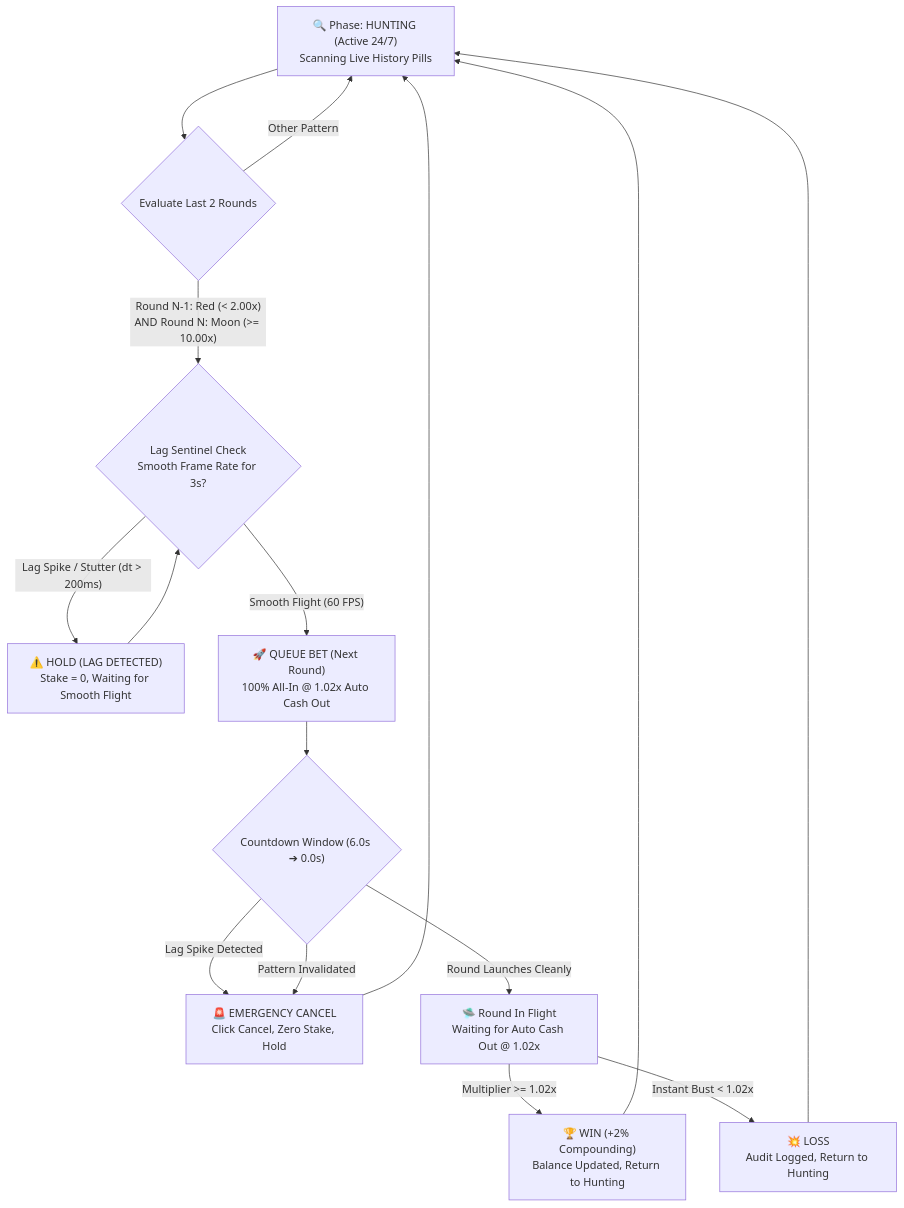
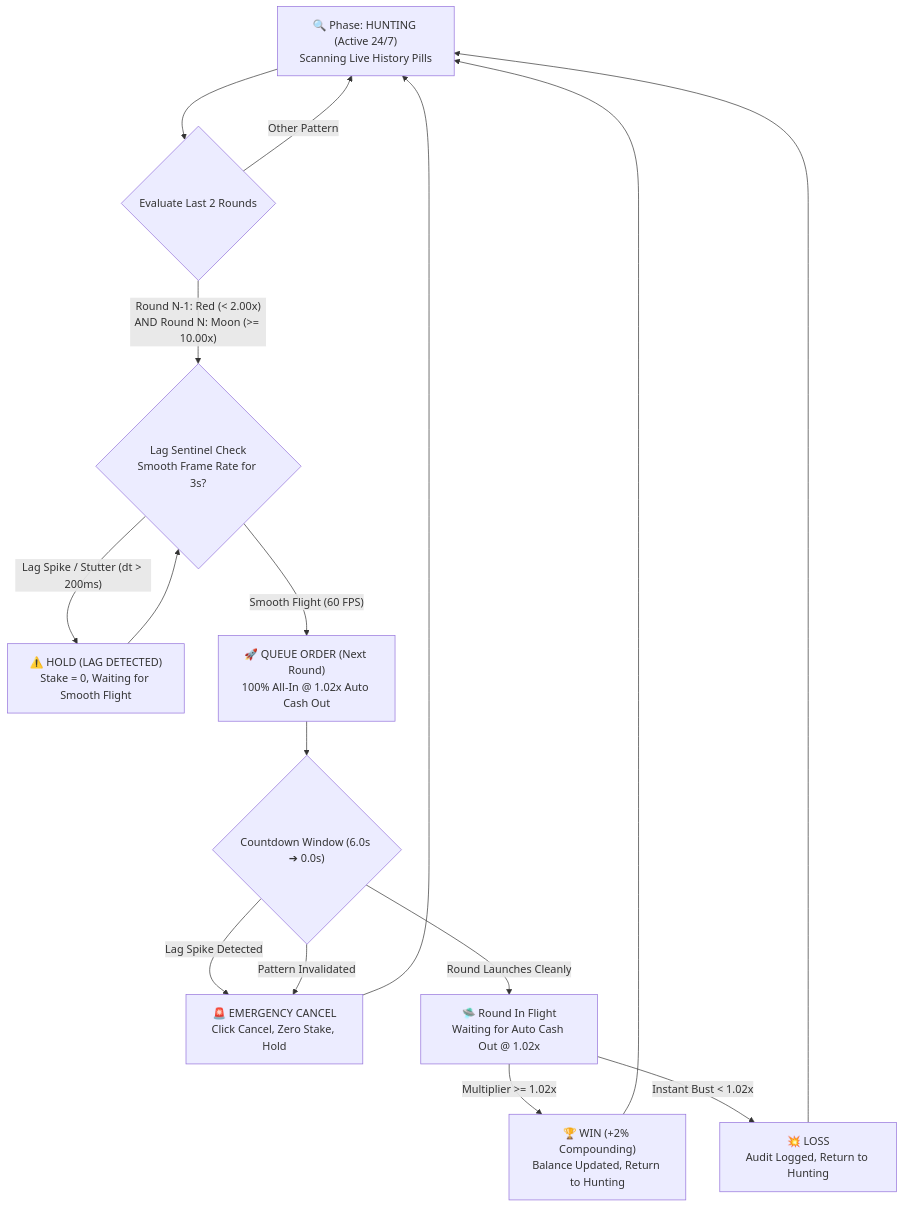
Before and after one commit to IceCool30/bc-game-crash-safebot: the diagram in PROJECT_CORE.md, drawn with Mermaid. The commit also changed other lines of this file and 21 other files, not shown here.

````diff
--- a/PROJECT_CORE.md
+++ b/PROJECT_CORE.md
@@ -60,26 +60,26 @@
 ```mermaid
 flowchart TD
     Hunt["🔍 Phase: HUNTING (Active 24/7)<br/>Scanning Live History Pills"] --> Check{"Evaluate Last 2 Rounds"}
     
     Check -- "Round N-1: Red (< 2.00x)<br/>AND Round N: Moon (>= 10.00x)" --> LagCheck{"Lag Sentinel Check<br/>Smooth Frame Rate for 3s?"}
     Check -- "Other Pattern" --> Hunt
     
     LagCheck -- "Lag Spike / Stutter (dt > 200ms)" --> LagHold["⚠️ HOLD (LAG DETECTED)<br/>Stake = 0, Waiting for Smooth Flight"]
     LagHold --> LagCheck
     
-    LagCheck -- "Smooth Flight (60 FPS)" --> QueueBet["🚀 QUEUE BET (Next Round)<br/>100% All-In @ 1.02x Auto Cash Out"]
+    LagCheck -- "Smooth Flight (60 FPS)" --> QueueBet["🚀 QUEUE ORDER (Next Round)<br/>100% All-In @ 1.02x Auto Cash Out"]
     
     QueueBet --> CountdownWindow{"Countdown Window (6.0s ➔ 0.0s)"}
     
     CountdownWindow -- "Lag Spike Detected" --> Abort["🚨 EMERGENCY CANCEL<br/>Click Cancel, Zero Stake, Hold"]
     CountdownWindow -- "Pattern Invalidated" --> Abort
     Abort --> Hunt
     
     CountdownWindow -- "Round Launches Cleanly" --> Flight["🛸 Round In Flight<br/>Waiting for Auto Cash Out @ 1.02x"]
     
     Flight -- "Multiplier >= 1.02x" --> Win["🏆 WIN (+2% Compounding)<br/>Balance Updated, Return to Hunting"]
     Flight -- "Instant Bust < 1.02x" --> Loss["💥 LOSS<br/>Audit Logged, Return to Hunting"]
     
     Win --> Hunt
     Loss --> Hunt
 ```
````
